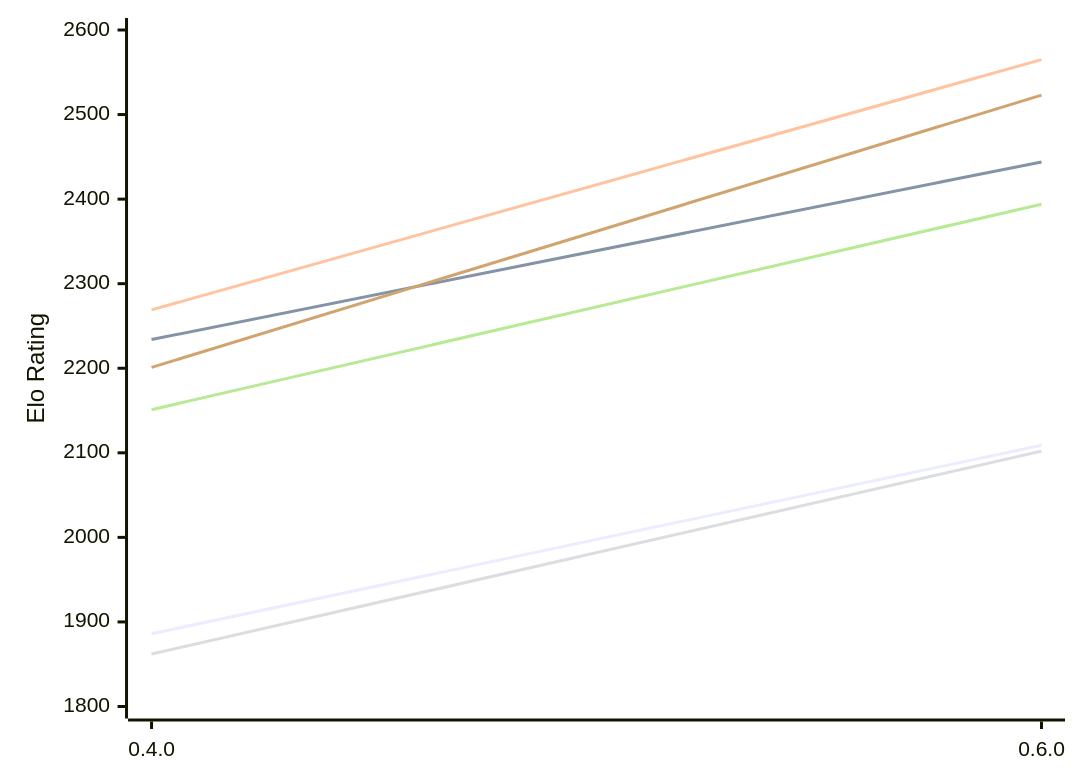
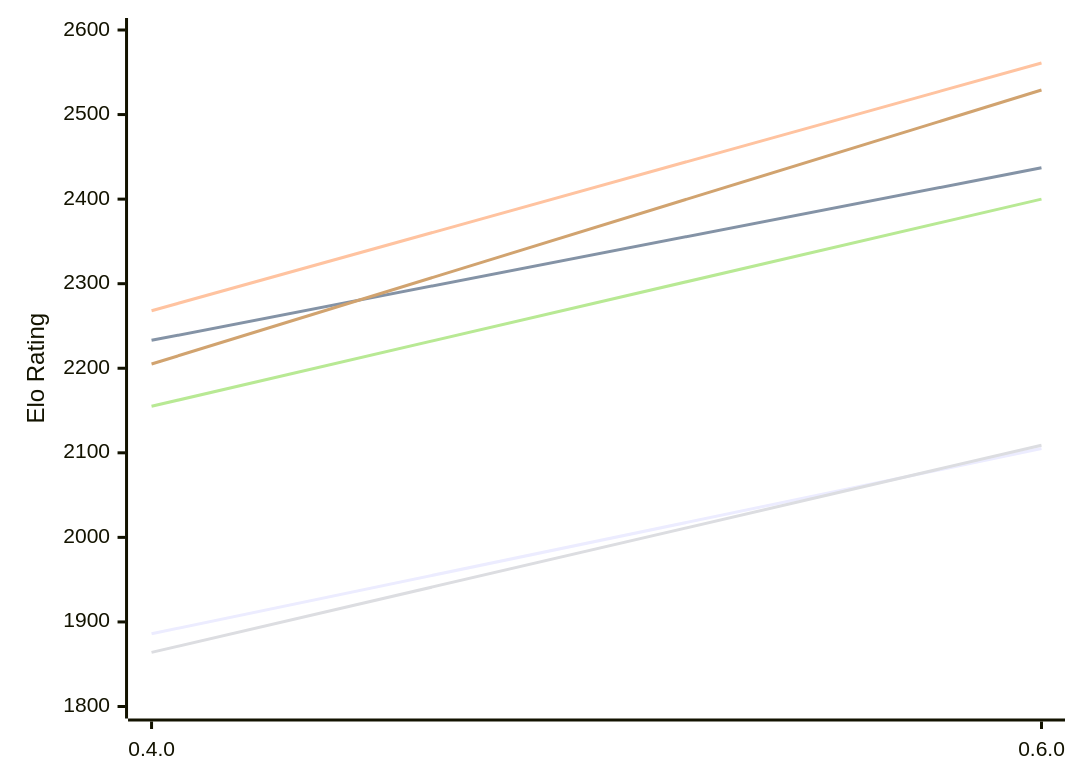
Before and after one commit to computer-chess-index/cci: the first of 2 diagrams in engines/Ariadne.md, drawn with Mermaid. The commit also changed other lines of this file, not shown here.

Commit message:
Update CCI Ratings (ELO VLTC) - 2026-11-23

````diff
--- a/engines/Ariadne.md
+++ b/engines/Ariadne.md
@@ -50,12 +50,12 @@
 ```mermaid
 %%{init: {"theme":"base","themeVariables":{"seriesColors:['#a3a3a3','#222221','#faa371']}}}%%
 xychart-beta
   x-axis ["0.4.0", "0.6.0"]
   y-axis "Elo Rating" 1800 --> 2600
-  line "E1: STC (8.0+0.08s)" [1886, 2109]
-  line "E1: LTC (60.0+0.60s)" [2234, 2444]
-  line "E1: VLTC (2m24s+1.12s)" [2269, 2565]
-  line "P1: STC (8.0+0.08s)" [1862, 2102]
-  line "P1: LTC (60.0+0.60s)" [2151, 2394]
-  line "P1: VLTC (2m24s+1.12s)" [2201, 2523]
+  line "E1: STC (8.0+0.08s)" [1886, 2105]
+  line "E1: LTC (60.0+0.60s)" [2233, 2437]
+  line "E1: VLTC (2m24s+1.12s)" [2268, 2561]
+  line "P1: STC (8.0+0.08s)" [1864, 2109]
+  line "P1: LTC (60.0+0.60s)" [2155, 2400]
+  line "P1: VLTC (2m24s+1.12s)" [2205, 2529]
 ```
````
